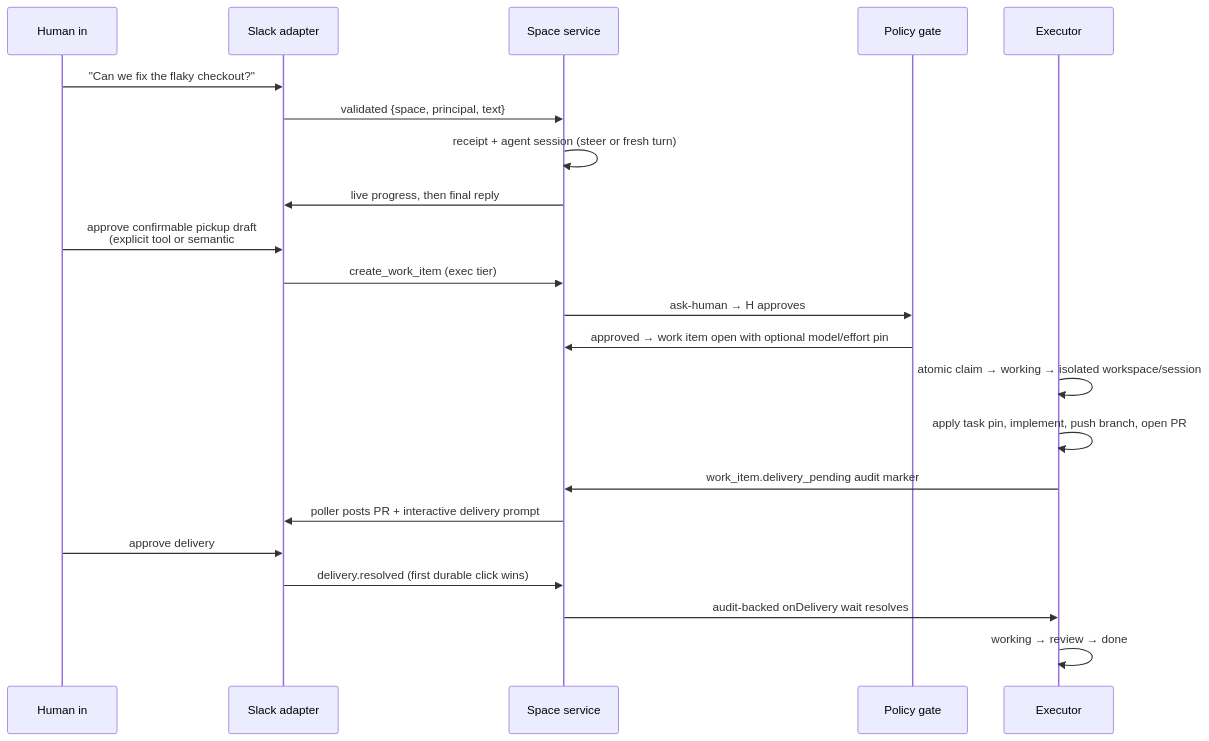
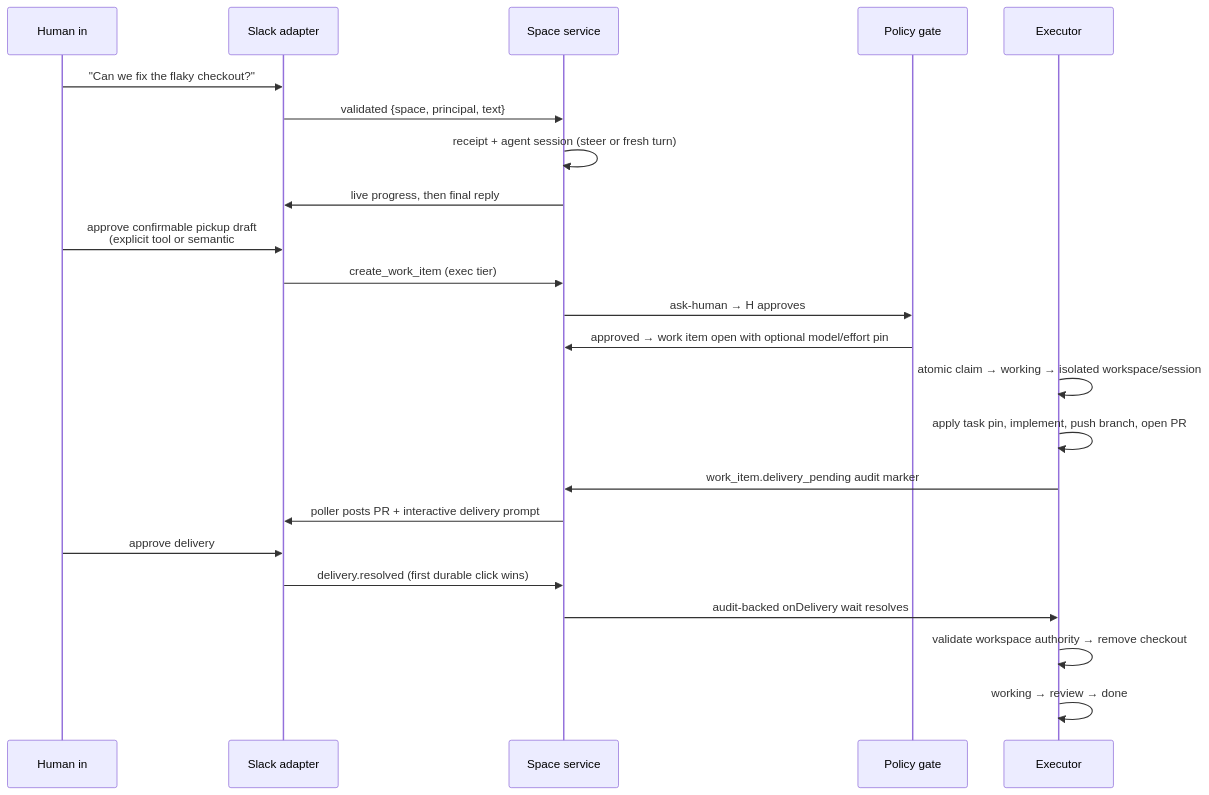
Diagram 13 of 15 in architecture.md (serrrfirat/bottega), drawn with Mermaid before and after one commit. The commit also changed other lines of this file and 8 other files, not shown here.

````diff
--- a/architecture.md
+++ b/architecture.md
@@ -825,24 +825,25 @@
 ```mermaid
 sequenceDiagram
     participant H as Human in #team
     participant A as Slack adapter
     participant S as Space service
     participant P as Policy gate
     participant E as Executor
     H->>A: "Can we fix the flaky checkout?"
     A->>S: validated {space, principal, text}
     S->>S: receipt + agent session (steer or fresh turn)
     S->>A: live progress, then final reply
     H->>A: approve confirmable pickup draft<br/>(explicit tool or semantic #89)
     A->>S: create_work_item (exec tier)
     S->>P: ask-human → H approves
     P->>S: approved → work item open with optional model/effort pin
     E->>E: atomic claim → working → isolated workspace/session
     E->>E: apply task pin, implement, push branch, open PR
     E->>S: work_item.delivery_pending audit marker
     S->>A: poller posts PR + interactive delivery prompt
     H->>A: approve delivery
     A->>S: delivery.resolved (first durable click wins)
     S->>E: audit-backed onDelivery wait resolves
+    E->>E: validate workspace authority → remove checkout
     E->>E: working → review → done
 ```
````
